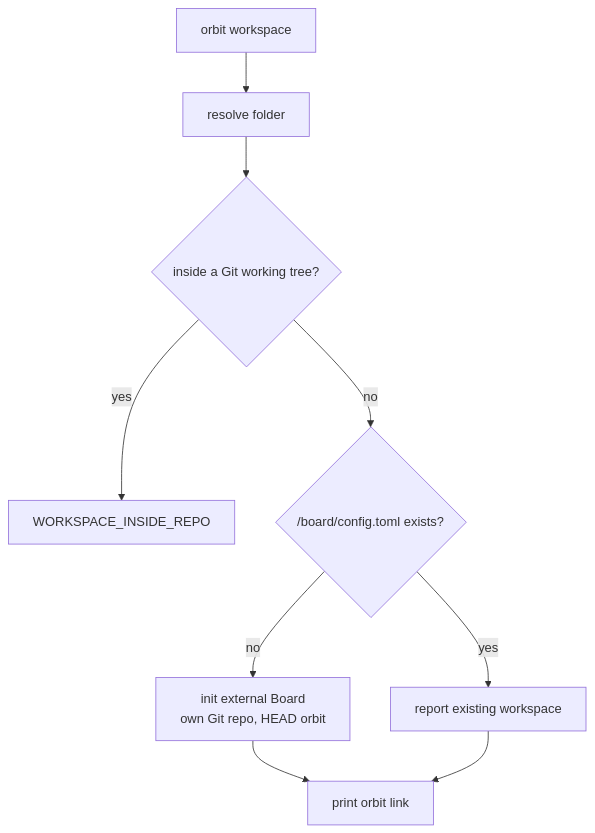
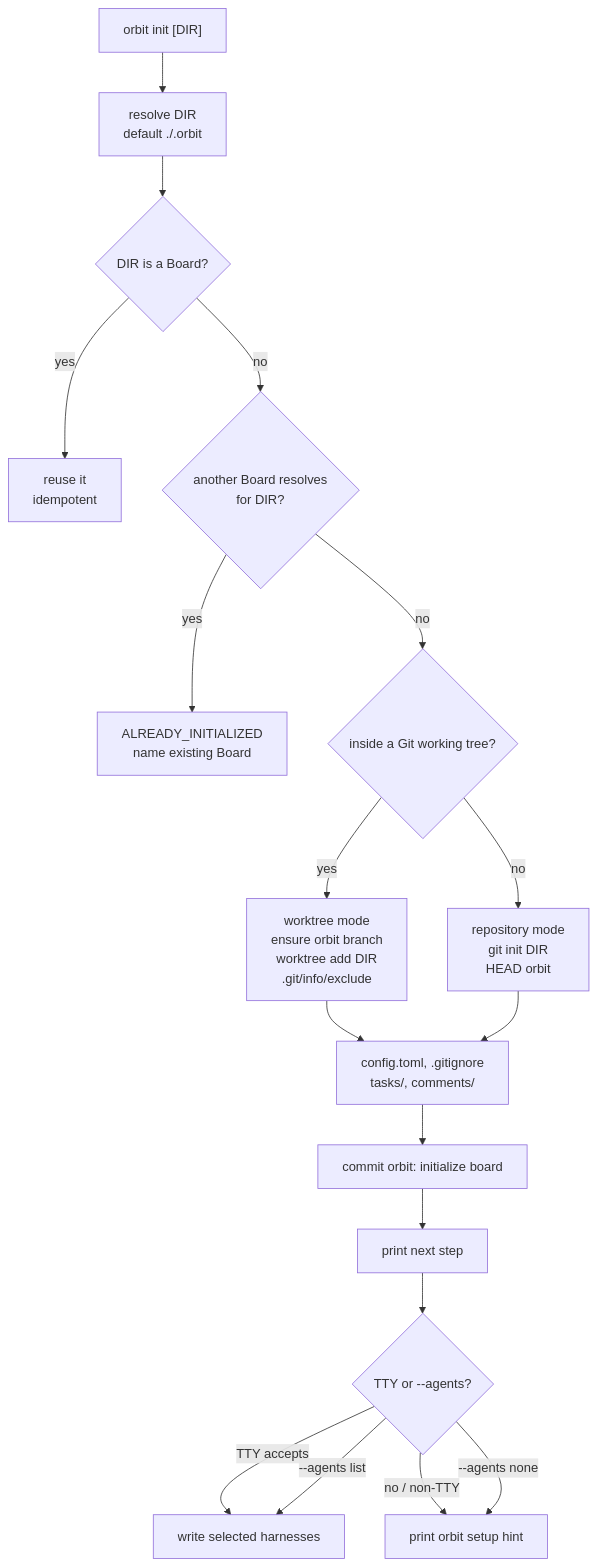
Before and after one commit to rcmendes/orbit: the ninth of 14 diagrams in docs/ARCHITECTURE.md, drawn with Mermaid. The commit also changed other lines of this file and 12 other files, not shown here.

Commit message:
docs: define the Orbit folder in ADR 0012

````diff
--- a/docs/ARCHITECTURE.md
+++ b/docs/ARCHITECTURE.md
@@ -496,11 +514,20 @@
 ```mermaid
 flowchart TD
-    W["orbit workspace <folder>"] --> R["resolve folder"]
-    R --> INSIDE{"inside a Git working tree?"}
-    INSIDE -->|yes| ERR["WORKSPACE_INSIDE_REPO"]
-    INSIDE -->|no| EXISTS{"<folder>/board/config.toml exists?"}
-    EXISTS -->|yes| REUSE["report existing workspace"]
-    EXISTS -->|no| INIT["init external Board<br/>own Git repo, HEAD orbit"]
-    INIT --> DONE["print orbit link <folder>"]
-    REUSE --> DONE
+    I["orbit init [DIR]"] --> R["resolve DIR<br/>default ./.orbit"]
+    R --> EXISTS{"DIR is a Board?"}
+    EXISTS -->|yes| REUSE["reuse it<br/>idempotent"]
+    EXISTS -->|no| SECOND{"another Board resolves<br/>for DIR?"}
+    SECOND -->|yes| ERR["ALREADY_INITIALIZED<br/>name existing Board"]
+    SECOND -->|no| INSIDE{"inside a Git working tree?"}
+    INSIDE -->|yes| WT["worktree mode<br/>ensure orbit branch<br/>worktree add DIR<br/>.git/info/exclude"]
+    INSIDE -->|no| REPO["repository mode<br/>git init DIR<br/>HEAD orbit"]
+    WT --> FILES["config.toml, .gitignore<br/>tasks/, comments/"]
+    REPO --> FILES
+    FILES --> COMMIT["commit orbit: initialize board"]
+    COMMIT --> NEXT["print next step"]
+    NEXT --> PROMPT{"TTY or --agents?"}
+    PROMPT -->|TTY accepts| SETUP["write selected harnesses"]
+    PROMPT -->|no / non-TTY| HINT["print orbit setup hint"]
+    PROMPT -->|--agents list| SETUP
+    PROMPT -->|--agents none| HINT
 ```
````
